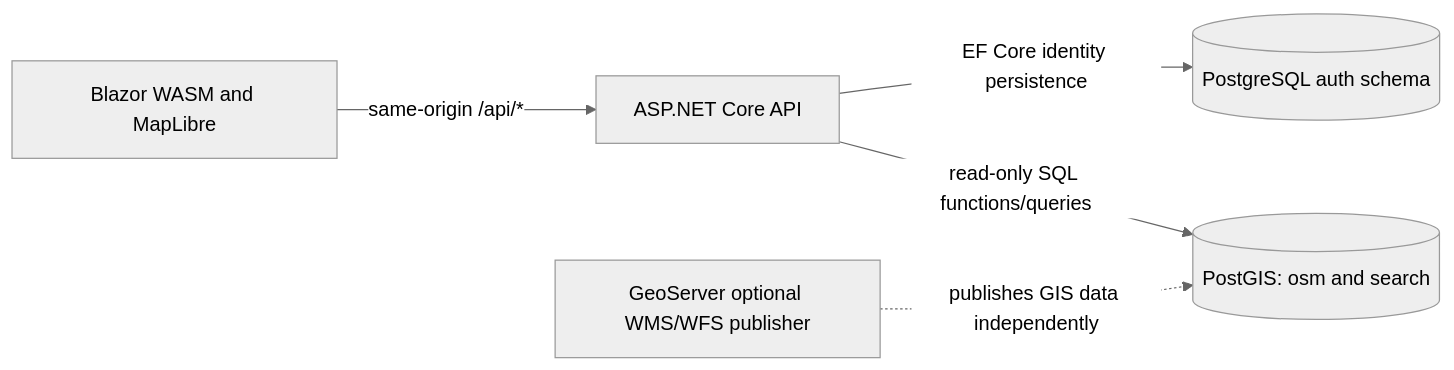
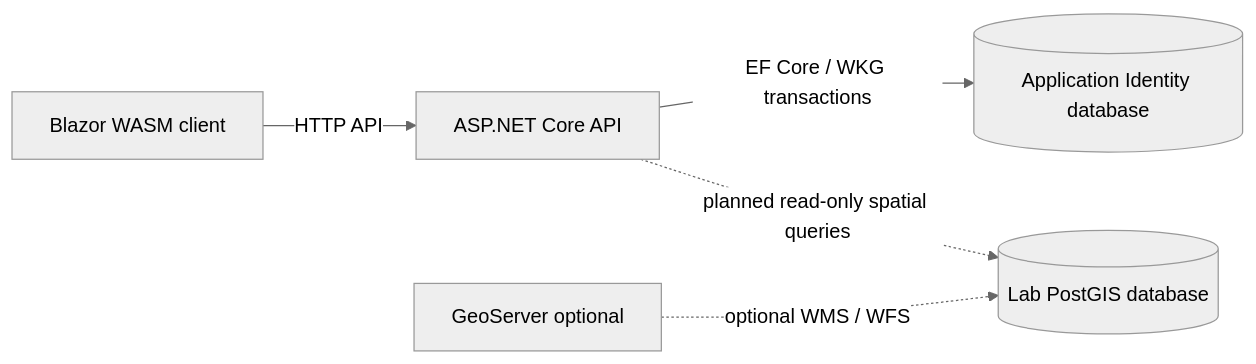
Before and after one commit to frederik-hoeft/min-swa-geosearch: the diagram in docs/architecture.md, drawn with Mermaid (neutral theme). The commit also changed other lines of this file and 8 other files, not shown here.

````diff
--- a/docs/architecture.md
+++ b/docs/architecture.md
@@ -7,12 +9,12 @@
 ```mermaid
 flowchart LR
-    Browser[Blazor WASM and MapLibre]
+    Browser[Blazor WASM client]
     Api[ASP.NET Core API]
-    Identity[(PostgreSQL auth schema)]
-    Spatial[(PostGIS: osm and search)]
-    GeoServer[GeoServer optional WMS/WFS publisher]
-    Browser -->|same-origin /api/*| Api
-    Api -->|EF Core identity persistence| Identity
-    Api -->|read-only SQL functions/queries| Spatial
-    GeoServer -.->|publishes GIS data independently| Spatial
+    Identity[(Application Identity database)]
+    Spatial[(Lab PostGIS database)]
+    GeoServer[GeoServer optional]
+    Browser -->|HTTP API| Api
+    Api -->|EF Core / WKG transactions| Identity
+    Api -.->|planned read-only spatial queries| Spatial
+    GeoServer -.->|optional WMS / WFS| Spatial
 ```
````
